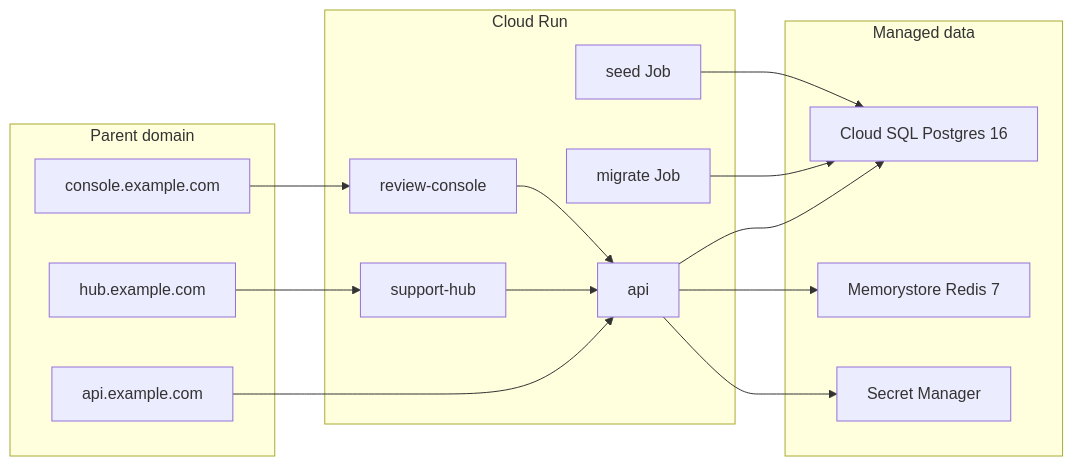
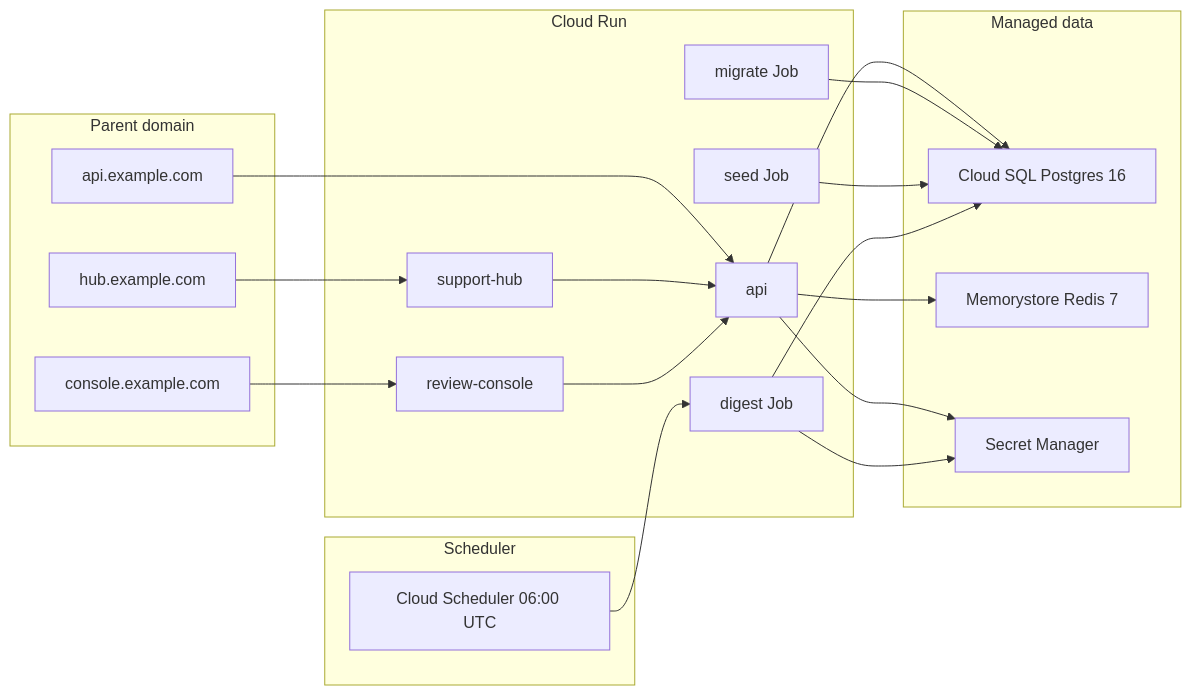
Before and after one commit to prathameshk421/unified-org-workspace: the diagram in docs/deployment.md, drawn with Mermaid. The commit also changed other lines of this file and 49 other files, not shown here.

````diff
--- a/docs/deployment.md
+++ b/docs/deployment.md
@@ -7,33 +7,41 @@
 ```mermaid
 flowchart LR
   subgraph dns [Parent domain]
     Hub["hub.example.com"]
     Console["console.example.com"]
     Api["api.example.com"]
   end
 
   subgraph run [Cloud Run]
     SH["support-hub"]
     RC["review-console"]
     API["api"]
     Migrate["migrate Job"]
     Seed["seed Job"]
+    Digest["digest Job"]
+  end
+
+  subgraph sched [Scheduler]
+    CS["Cloud Scheduler 06:00 UTC"]
   end
 
   subgraph data [Managed data]
     SQL["Cloud SQL Postgres 16"]
     Redis["Memorystore Redis 7"]
     SM["Secret Manager"]
   end
 
   Hub --> SH
   Console --> RC
   Api --> API
   SH --> API
   RC --> API
   API --> SQL
   API --> Redis
   API --> SM
   Migrate --> SQL
   Seed --> SQL
+  CS --> Digest
+  Digest --> SQL
+  Digest --> SM
 ```
````
